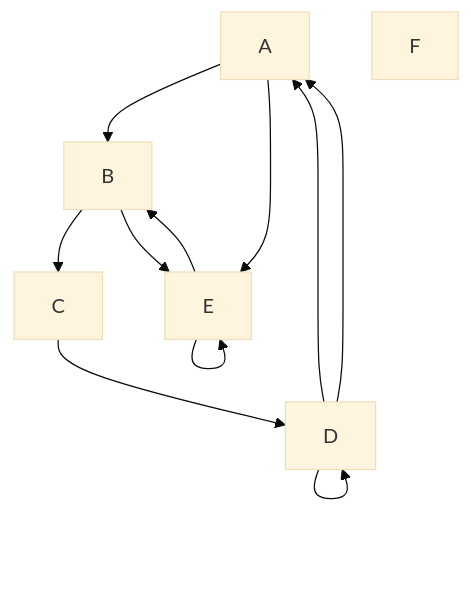
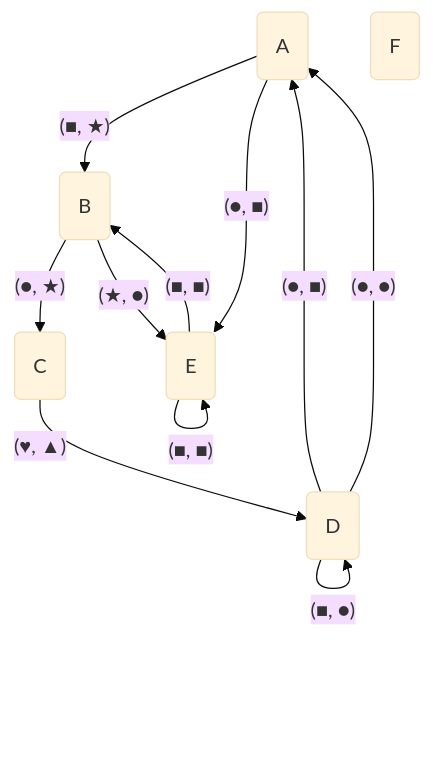
The third of 4 diagrams in lib/utils/include/utils/graph/README.md (flexflow/FlexFlow), drawn with Mermaid (base theme) before and after one commit. The commit also changed other lines of this file and 61 other files, not shown here.

Commit message:
moved graph-testing to other PR

````diff
--- a/lib/utils/include/utils/graph/README.md
+++ b/lib/utils/include/utils/graph/README.md
@@ -65,20 +59,20 @@
 ```mermaid
 flowchart TD
-    A
-    B
-    C
-    D
-    E
-    F
+    A("A")
+    B("B")
+    C("C")
+    D("D")
+    E("E")
+    F("F")
 
-    A --> B
-    B --> C
-    C --> D
-    D --> A
-    B --> E
-    E --> B
-    D --> A
-    A --> E
-    D --> D
-    E --> E
+    A -->|"(&#x25A0, &#x2605)"| B
+    B -->|"(&#x25CF, &#x2605)"| C
+    C -->|"(&#x2665, &#x25B2)"| D
+    D -->|"(&#x25CF, &#x25A0)"| A
+    B -->|"(&#x2605, &#x25CF)"| E 
+    E -->|"(&#x25A0, &#x25A0)"| B
+    D -->|"(&#x25CF, &#x25CF)"| A
+    A -->|"(&#x25CF, &#x25A0)"| E
+    D -->|"(&#x25A0, &#x25CF)"| D 
+    E -->|"(&#x25A0, &#x25A0)"| E
 ```
````
